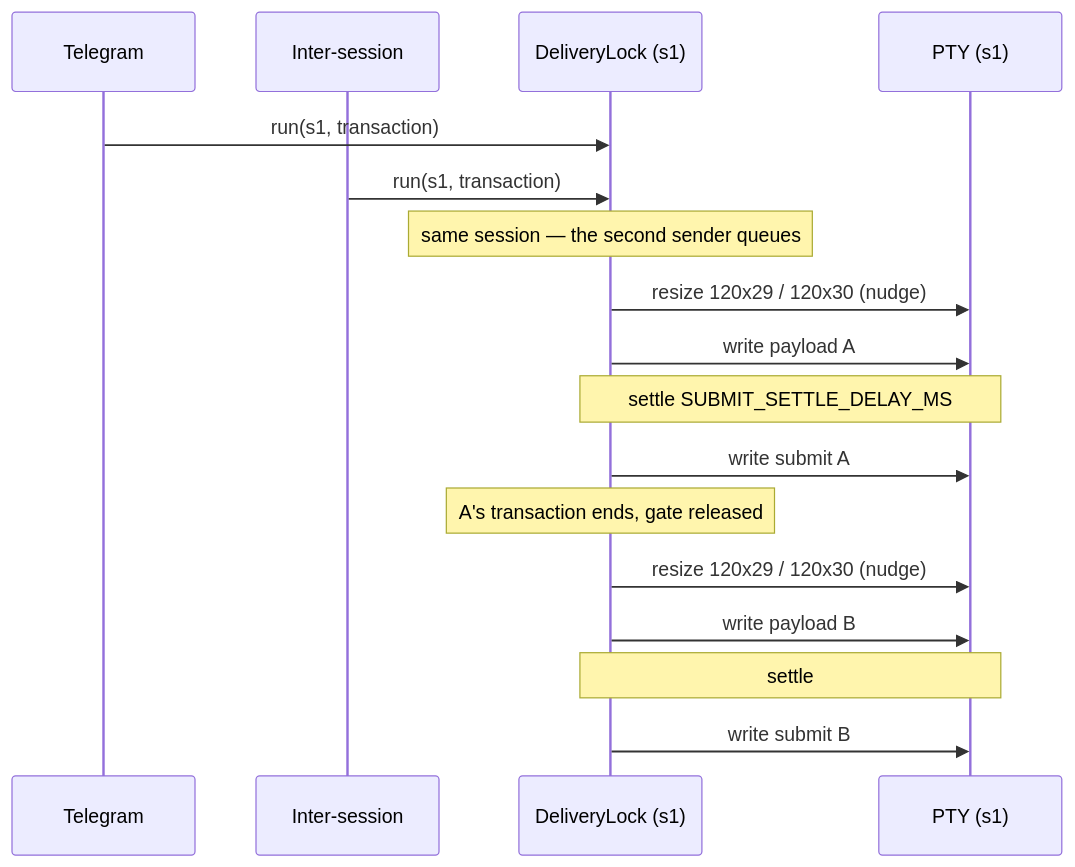
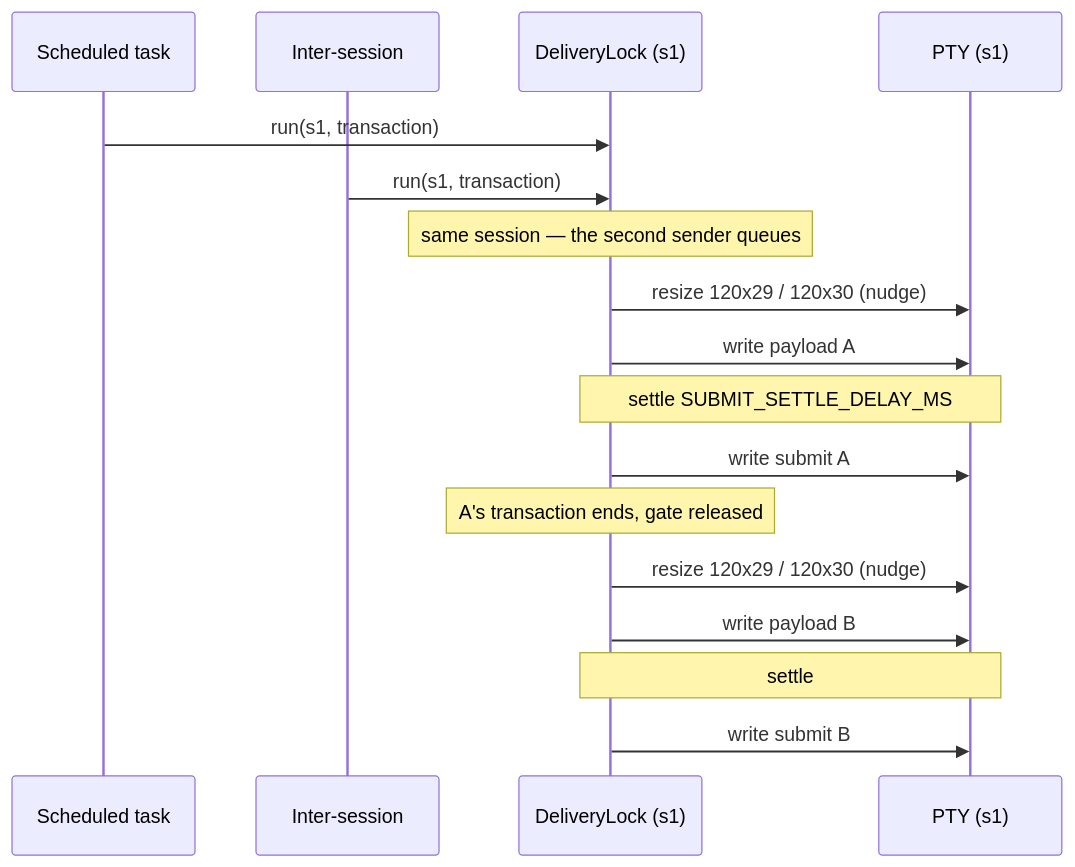
One commit to PetePeter/helm changed the fourth of 5 diagrams in docs/terminal-architecture.md. Above: the diagram before and after it, drawn with Mermaid. The commit also changed other lines of this file and 35 other files, not shown here.

````diff
--- a/docs/terminal-architecture.md
+++ b/docs/terminal-architecture.md
@@ -151,20 +151,20 @@
 ```mermaid
 sequenceDiagram
-    participant T as Telegram
+    participant S as Scheduled task
     participant I as Inter-session
     participant L as DeliveryLock (s1)
     participant P as PTY (s1)
 
-    T->>L: run(s1, transaction)
+    S->>L: run(s1, transaction)
     I->>L: run(s1, transaction)
     Note over L: same session — the second sender queues
     L->>P: resize 120x29 / 120x30 (nudge)
     L->>P: write payload A
     Note over L,P: settle SUBMIT_SETTLE_DELAY_MS
     L->>P: write submit A
     Note over L: A's transaction ends, gate released
     L->>P: resize 120x29 / 120x30 (nudge)
     L->>P: write payload B
     Note over L,P: settle
     L->>P: write submit B
 ```
````
